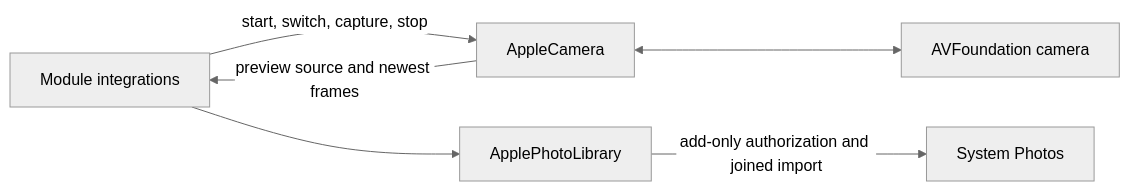
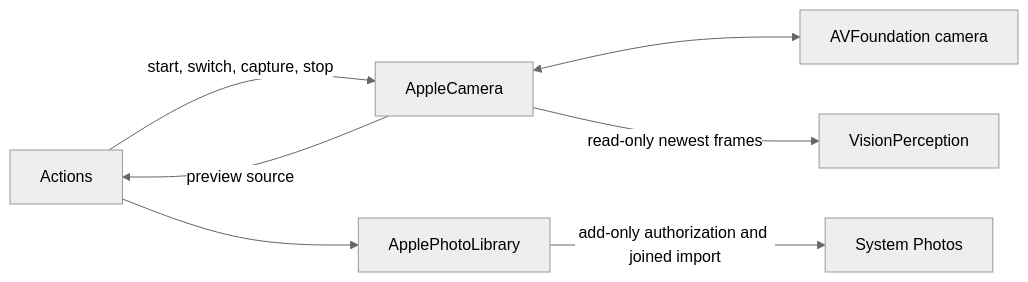
One commit to devilyouwei/MobileHarness changed the diagram in MobileHarness/PlatformKit/Vision/README.md. Above: the diagram before and after it, drawn with Mermaid (neutral theme). The commit also changed other lines of this file and 483 other files, not shown here.

````diff
--- a/MobileHarness/PlatformKit/Vision/README.md
+++ b/MobileHarness/PlatformKit/Vision/README.md
@@ -15,9 +15,9 @@
 ```mermaid
 flowchart LR
- Bindings[Module integrations]
- Bindings -->|start, switch, capture, stop| Camera[AppleCamera]
+ Actions -->|start, switch, capture, stop| Camera[AppleCamera]
  Camera <--> Native[AVFoundation camera]
- Camera -->|preview source and newest frames| Bindings
- Bindings --> Photos[ApplePhotoLibrary]
+ Camera -->|preview source| Actions
+ Camera -->|read-only newest frames| Vision[VisionPerception]
+ Actions --> Photos[ApplePhotoLibrary]
  Photos -->|add-only authorization and joined import| Library[System Photos]
 ```
````
